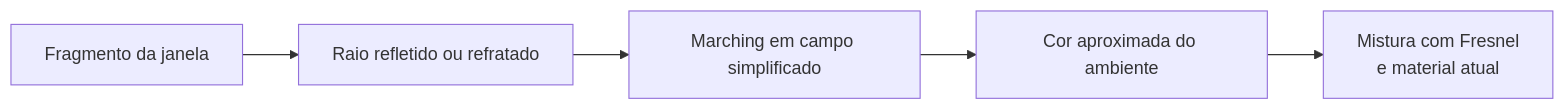
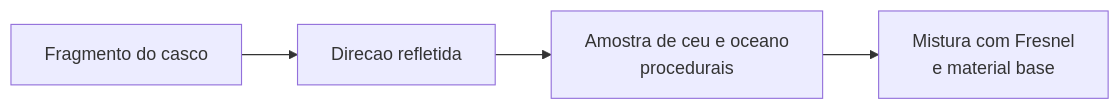
Before and after one commit to fgiongo/compgraf: the third of 3 diagrams in docs/embarcacao-movimento-shaders.md, drawn with Mermaid. The commit also changed other lines of this file and 5 other files, not shown here.

````diff
--- a/docs/embarcacao-movimento-shaders.md
+++ b/docs/embarcacao-movimento-shaders.md
@@ -487,10 +523,11 @@
 ```mermaid
 flowchart LR
-    F["Fragmento da janela"]
-    R["Raio refletido ou refratado"]
-    M["Marching em campo simplificado"]
-    C["Cor aproximada do ambiente"]
-    G["Mistura com Fresnel<br/>e material atual"]
+    F["Fragmento do casco"]
+    R["Direcao refletida"]
+    E["Amostra de ceu e oceano
+procedurais"]
+    G["Mistura com Fresnel
+e material base"]
 
-    F --> R --> M --> C --> G
+    F --> R --> E --> G
 ```
````
